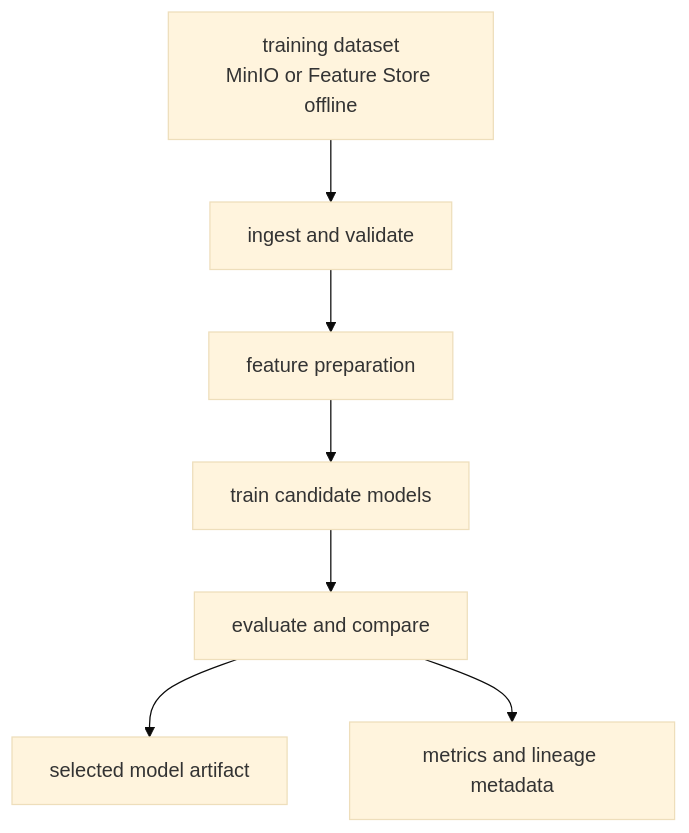
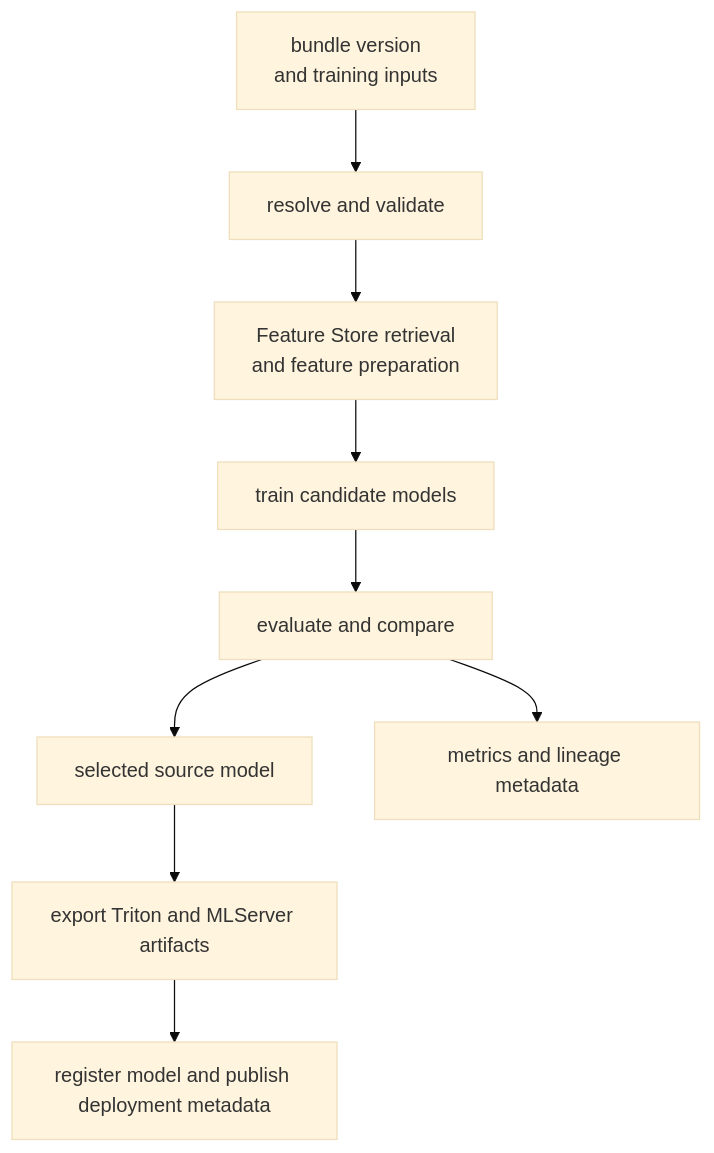
Before and after one commit to rh-telco-tigers/Autonomous-Network-Intelligence-Anomaly-Detection-with-Red-Hat-OpenShift-AI: the diagram in docs/architecture/phase-03-overview-model-training-kfp.md, drawn with Mermaid (base theme). The commit also changed other lines of this file and 51 other files, not shown here.

First line of the commit message:
complete feature-store multiclass rollout and sync Plane ticket states

````diff
--- a/docs/architecture/phase-03-overview-model-training-kfp.md
+++ b/docs/architecture/phase-03-overview-model-training-kfp.md
@@ -21,9 +22,11 @@
 ```mermaid
 flowchart TD
-  Data["training dataset<br/>MinIO or Feature Store offline"] --> Ingest["ingest and validate"]
-  Ingest --> Build["feature preparation"]
+  Data["bundle version<br/>and training inputs"] --> Ingest["resolve and validate"]
+  Ingest --> Build["Feature Store retrieval<br/>and feature preparation"]
   Build --> Train["train candidate models"]
   Train --> Eval["evaluate and compare"]
-  Eval --> Winner["selected model artifact"]
+  Eval --> Winner["selected source model"]
   Eval --> Metrics["metrics and lineage metadata"]
+  Winner --> Export["export Triton and MLServer artifacts"]
+  Export --> Registry["register model and publish deployment metadata"]
 ```
````
